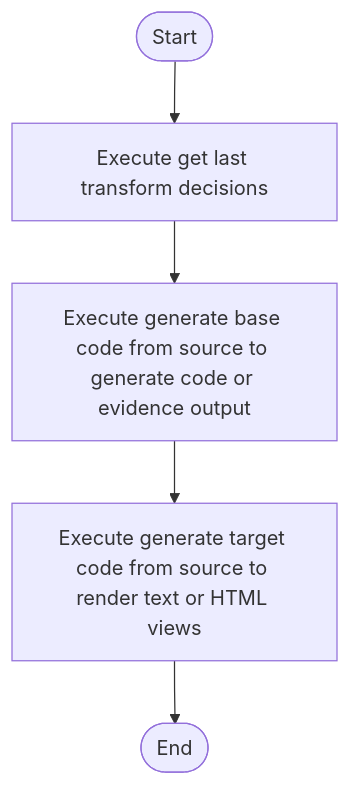
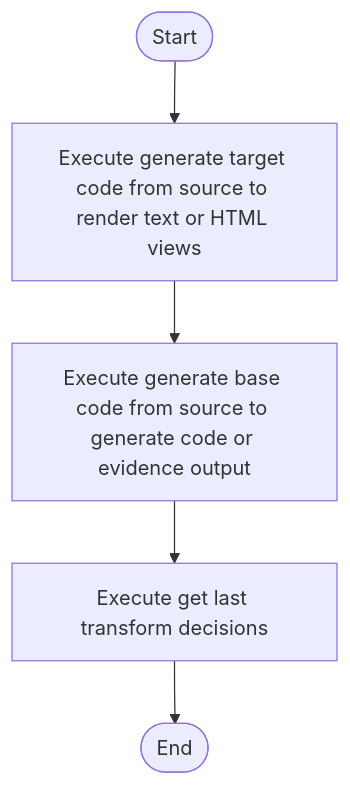
Before and after one commit to JohnAndrewBalbarosa/NeoTerritory: the diagram in docs/Codebase/Microservice/Modules/Source/SyntacticBrokenAST/ParseTree/code_generator.cpp.md, drawn with Mermaid. The commit also changed 148 other files, not shown here.

````diff
--- a/docs/Codebase/Microservice/Modules/Source/SyntacticBrokenAST/ParseTree/code_generator.cpp.md
+++ b/docs/Codebase/Microservice/Modules/Source/SyntacticBrokenAST/ParseTree/code_generator.cpp.md
@@ -23,12 +23,12 @@
 ```mermaid
 flowchart TD
     Start([Start])
-    N0[Execute get last transform decisions]
+    N0[Execute generate target code from source to render text or HTML views]
     N1[Execute generate base code from source to generate code or evidence output]
-    N2[Execute generate target code from source to render text or HTML views]
+    N2[Execute get last transform decisions]
     End([End])
     Start --> N0
     N0 --> N1
     N1 --> N2
     N2 --> End
 ```
````
